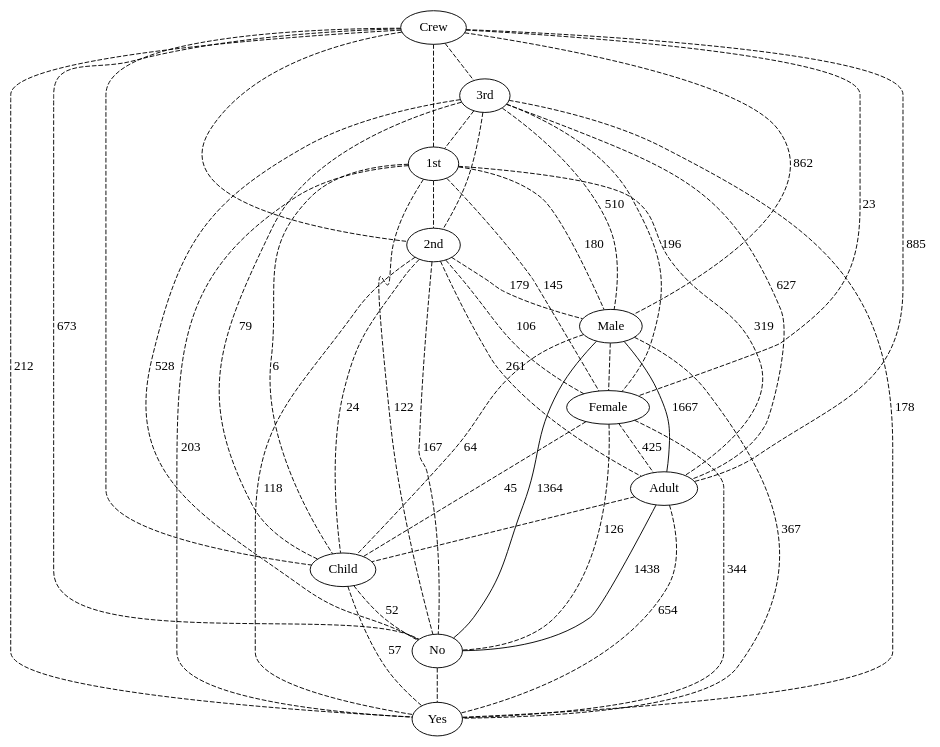
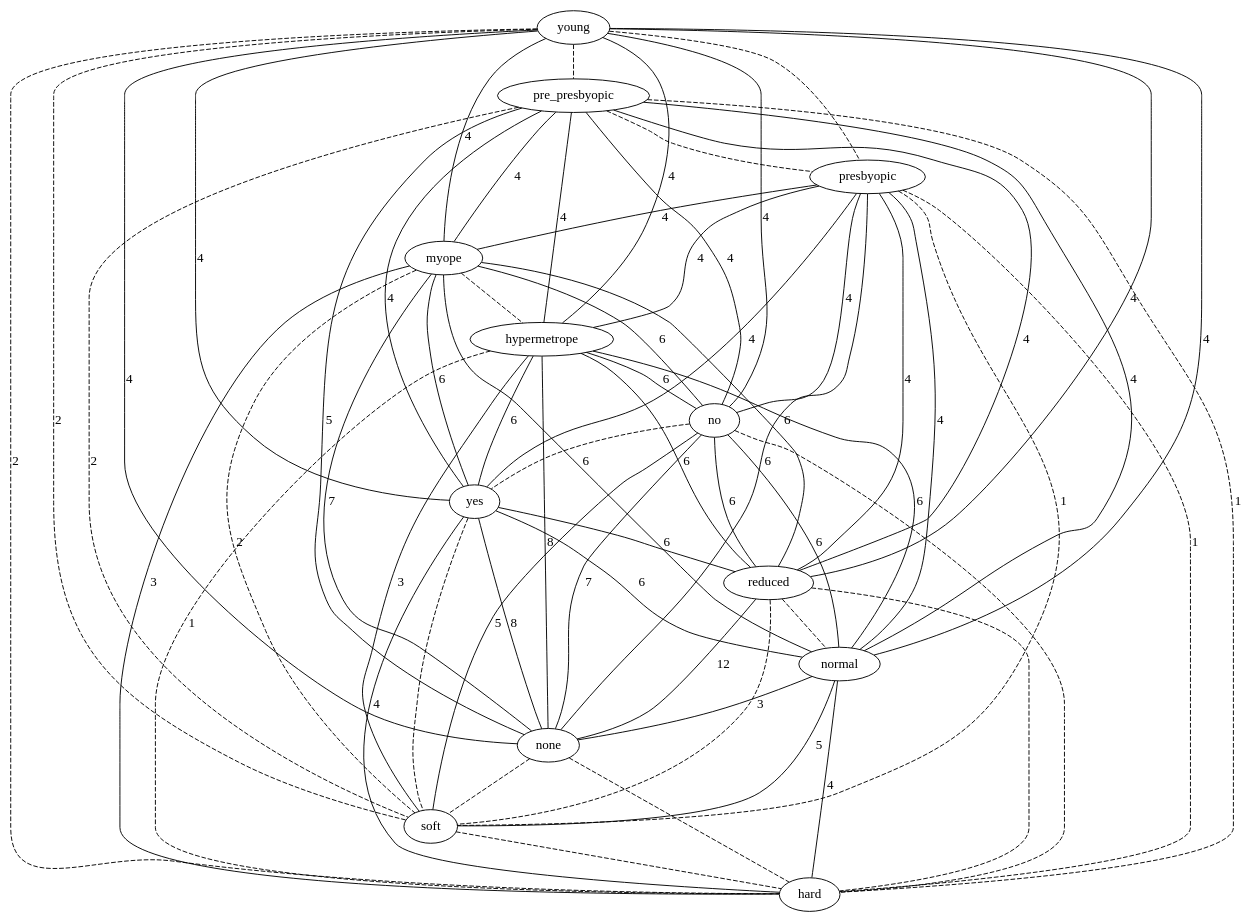
One commit to lrodrin/TFG changed the diagram in src/final/plainGraph_with_threshold.dot. Above: the diagram before and after it, drawn with Graphviz. The commit also changed 15 other files, not shown here.

```diff
--- a/src/final/plainGraph_with_threshold.dot
+++ b/src/final/plainGraph_with_threshold.dot
@@ -1,57 +1,80 @@
 strict graph "" {
-Crew;
-"3rd";
-"1st";
-"2nd";
-Male;
-Female;
-Adult;
-Child;
-No;
-Yes;
-Crew -- "3rd"  [color=black, style=dashed];
-Crew -- "1st"  [color=black, style=dashed];
-Crew -- "2nd"  [color=black, style=dashed];
-Crew -- Male  [color=black, label=862, style=dashed];
-Crew -- Female  [color=black, label=23, style=dashed];
-Crew -- Adult  [color=black, label=885, style=dashed];
-Crew -- Child  [color=black, style=dashed];
-Crew -- No  [color=black, label=673, style=dashed];
-Crew -- Yes  [color=black, label=212, style=dashed];
-"3rd" -- "1st"  [color=black, style=dashed];
-"3rd" -- "2nd"  [color=black, style=dashed];
-"3rd" -- Male  [color=black, label=510, style=dashed];
-"3rd" -- Female  [color=black, label=196, style=dashed];
-"3rd" -- Adult  [color=black, label=627, style=dashed];
-"3rd" -- Child  [color=black, label=79, style=dashed];
-"3rd" -- No  [color=black, label=528, style=dashed];
-"3rd" -- Yes  [color=black, label=178, style=dashed];
-"1st" -- "2nd"  [color=black, style=dashed];
-"1st" -- Male  [color=black, label=180, style=dashed];
-"1st" -- Female  [color=black, label=145, style=dashed];
-"1st" -- Adult  [color=black, label=319, style=dashed];
-"1st" -- Child  [color=black, label=6, style=dashed];
-"1st" -- No  [color=black, label=122, style=dashed];
-"1st" -- Yes  [color=black, label=203, style=dashed];
-"2nd" -- Male  [color=black, label=179, style=dashed];
-"2nd" -- Female  [color=black, label=106, style=dashed];
-"2nd" -- Adult  [color=black, label=261, style=dashed];
-"2nd" -- Child  [color=black, label=24, style=dashed];
-"2nd" -- No  [color=black, label=167, style=dashed];
-"2nd" -- Yes  [color=black, label=118, style=dashed];
-Male -- Female  [color=black, style=dashed];
-Male -- Adult  [color=black, label=1667, style=solid];
-Male -- Child  [color=black, label=64, style=dashed];
-Male -- No  [color=black, label=1364, style=solid];
-Male -- Yes  [color=black, label=367, style=dashed];
-Female -- Adult  [color=black, label=425, style=dashed];
-Female -- Child  [color=black, label=45, style=dashed];
-Female -- No  [color=black, label=126, style=dashed];
-Female -- Yes  [color=black, label=344, style=dashed];
-Adult -- Child  [color=black, style=dashed];
-Adult -- No  [color=black, label=1438, style=solid];
-Adult -- Yes  [color=black, label=654, style=dashed];
-Child -- No  [color=black, label=52, style=dashed];
-Child -- Yes  [color=black, label=57, style=dashed];
-No -- Yes  [color=black, style=dashed];
+young;
+pre_presbyopic;
+presbyopic;
+myope;
+hypermetrope;
+no;
+yes;
+reduced;
+normal;
+none;
+soft;
+hard;
+young -- pre_presbyopic  [color=black, style=dashed];
+young -- presbyopic  [color=black, style=dashed];
+young -- myope  [color=black, label=4, style=solid];
+young -- hypermetrope  [color=black, label=4, style=solid];
+young -- no  [color=black, label=4, style=solid];
+young -- yes  [color=black, label=4, style=solid];
+young -- reduced  [color=black, label=4, style=solid];
+young -- normal  [color=black, label=4, style=solid];
+young -- none  [color=black, label=4, style=solid];
+young -- soft  [color=black, label=2, style=dashed];
+young -- hard  [color=black, label=2, style=dashed];
+pre_presbyopic -- presbyopic  [color=black, style=dashed];
+pre_presbyopic -- myope  [color=black, label=4, style=solid];
+pre_presbyopic -- hypermetrope  [color=black, label=4, style=solid];
+pre_presbyopic -- no  [color=black, label=4, style=solid];
+pre_presbyopic -- yes  [color=black, label=4, style=solid];
+pre_presbyopic -- reduced  [color=black, label=4, style=solid];
+pre_presbyopic -- normal  [color=black, label=4, style=solid];
+pre_presbyopic -- none  [color=black, label=5, style=solid];
+pre_presbyopic -- soft  [color=black, label=2, style=dashed];
+pre_presbyopic -- hard  [color=black, label=1, style=dashed];
+presbyopic -- myope  [color=black, label=4, style=solid];
+presbyopic -- hypermetrope  [color=black, label=4, style=solid];
+presbyopic -- no  [color=black, label=4, style=solid];
+presbyopic -- yes  [color=black, label=4, style=solid];
+presbyopic -- reduced  [color=black, label=4, style=solid];
+presbyopic -- normal  [color=black, label=4, style=solid];
+presbyopic -- none  [color=black, label=6, style=solid];
+presbyopic -- soft  [color=black, label=1, style=dashed];
+presbyopic -- hard  [color=black, label=1, style=dashed];
+myope -- hypermetrope  [color=black, style=dashed];
+myope -- no  [color=black, label=6, style=solid];
+myope -- yes  [color=black, label=6, style=solid];
+myope -- reduced  [color=black, label=6, style=solid];
+myope -- normal  [color=black, label=6, style=solid];
+myope -- none  [color=black, label=7, style=solid];
+myope -- soft  [color=black, label=2, style=dashed];
+myope -- hard  [color=black, label=3, style=solid];
+hypermetrope -- no  [color=black, label=6, style=solid];
+hypermetrope -- yes  [color=black, label=6, style=solid];
+hypermetrope -- reduced  [color=black, label=6, style=solid];
+hypermetrope -- normal  [color=black, label=6, style=solid];
+hypermetrope -- none  [color=black, label=8, style=solid];
+hypermetrope -- soft  [color=black, label=3, style=solid];
+hypermetrope -- hard  [color=black, label=1, style=dashed];
+no -- yes  [color=black, style=dashed];
+no -- reduced  [color=black, label=6, style=solid];
+no -- normal  [color=black, label=6, style=solid];
+no -- none  [color=black, label=7, style=solid];
+no -- soft  [color=black, label=5, style=solid];
+no -- hard  [color=black, style=dashed];
+yes -- reduced  [color=black, label=6, style=solid];
+yes -- normal  [color=black, label=6, style=solid];
+yes -- none  [color=black, label=8, style=solid];
+yes -- soft  [color=black, style=dashed];
+yes -- hard  [color=black, label=4, style=solid];
+reduced -- normal  [color=black, style=dashed];
+reduced -- none  [color=black, label=12, style=solid];
+reduced -- soft  [color=black, style=dashed];
+reduced -- hard  [color=black, style=dashed];
+normal -- none  [color=black, label=3, style=solid];
+normal -- soft  [color=black, label=5, style=solid];
+normal -- hard  [color=black, label=4, style=solid];
+none -- soft  [color=black, style=dashed];
+none -- hard  [color=black, style=dashed];
+soft -- hard  [color=black, style=dashed];
 }
```
